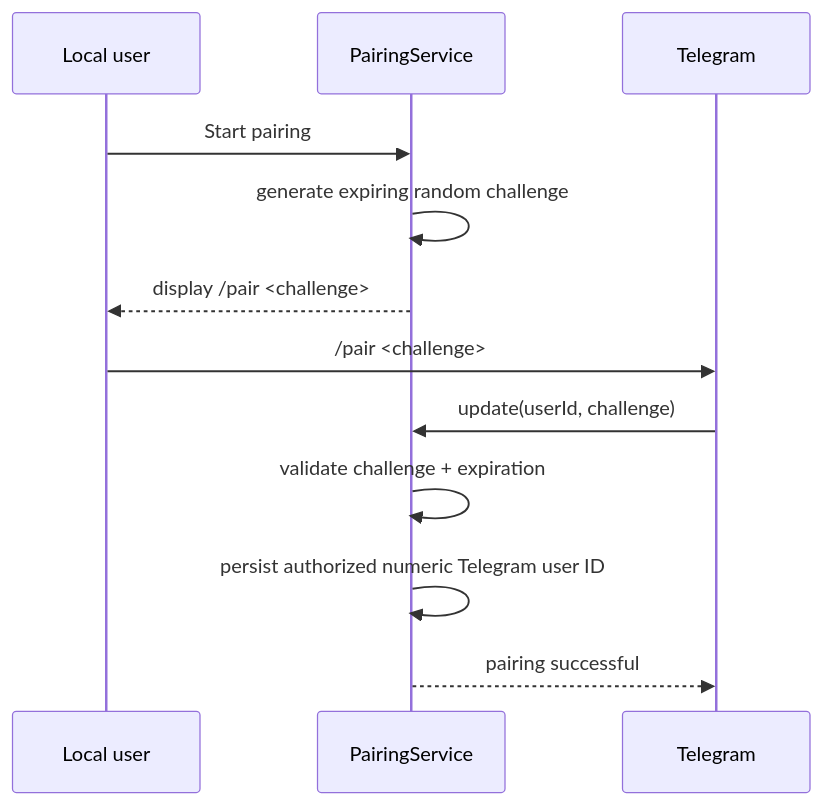
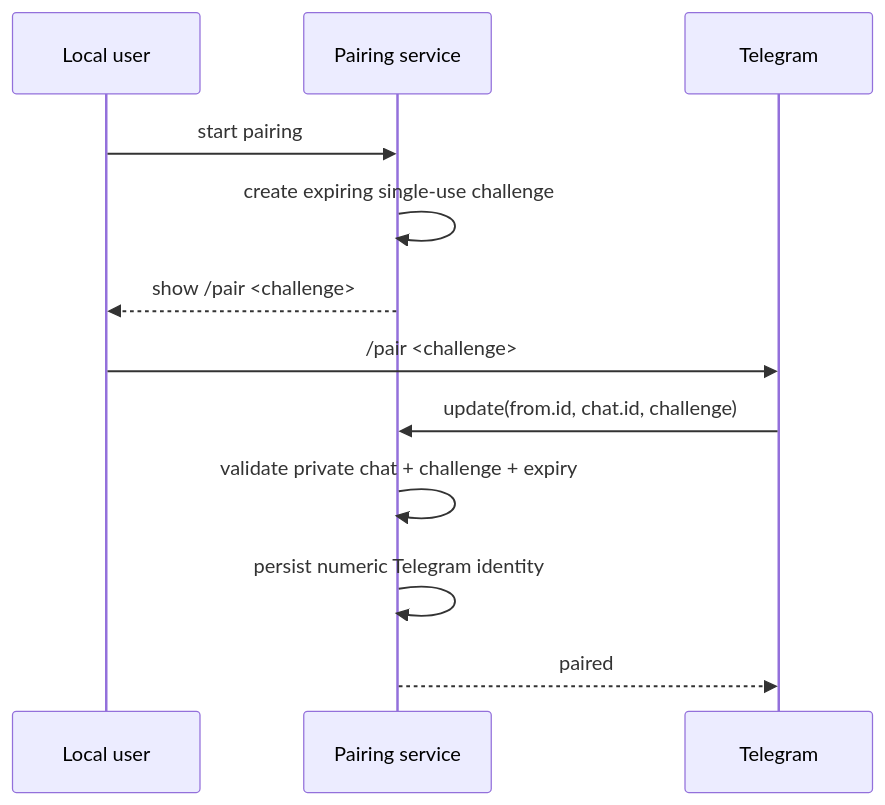
One commit to SachiHarshitha/vscode-telegram changed the third of 17 diagrams in extensions/copilot/docs/telegram-remote/CALL_FLOWS.md. Above: the diagram before and after it, drawn with Mermaid. The commit also changed other lines of this file, not shown here.

Commit message:
docs(telegram-remote): align call flows with current runtime

````diff
--- a/extensions/copilot/docs/telegram-remote/CALL_FLOWS.md
+++ b/extensions/copilot/docs/telegram-remote/CALL_FLOWS.md
@@ -104,15 +62,15 @@
 ```mermaid
 sequenceDiagram
     participant U as Local user
-    participant P as PairingService
-    participant T as Telegram
+    participant P as Pairing service
+    participant TG as Telegram
 
-    U->>P: Start pairing
-    P->>P: generate expiring random challenge
-    P-->>U: display /pair <challenge>
-    U->>T: /pair <challenge>
-    T->>P: update(userId, challenge)
-    P->>P: validate challenge + expiration
-    P->>P: persist authorized numeric Telegram user ID
-    P-->>T: pairing successful
+    U->>P: start pairing
+    P->>P: create expiring single-use challenge
+    P-->>U: show /pair <challenge>
+    U->>TG: /pair <challenge>
+    TG->>P: update(from.id, chat.id, challenge)
+    P->>P: validate private chat + challenge + expiry
+    P->>P: persist numeric Telegram identity
+    P-->>TG: paired
 ```
````
